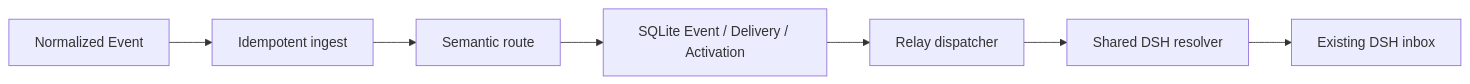
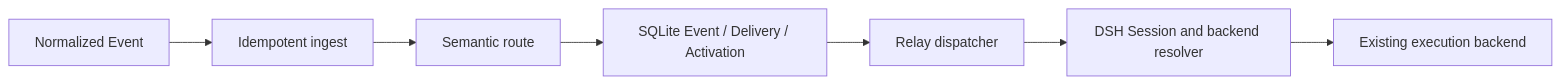
Before and after one commit to yangbobo2021/Relay: the diagram in docs/design/runtime.md, drawn with Mermaid. The commit also changed other lines of this file and 40 other files, not shown here.

````diff
--- a/docs/design/runtime.md
+++ b/docs/design/runtime.md
@@ -8,9 +8,9 @@
 ```mermaid
 flowchart LR
   Event["Normalized Event"] --> Ingest["Idempotent ingest"]
   Ingest --> Route["Semantic route"]
   Route --> DB["SQLite Event / Delivery / Activation"]
   DB --> Dispatch["Relay dispatcher"]
-  Dispatch --> Resolver["Shared DSH resolver"]
-  Resolver --> Inbox["Existing DSH inbox"]
+  Dispatch --> Resolver["DSH Session and backend resolver"]
+  Resolver --> Inbox["Existing execution backend"]
 ```
````
